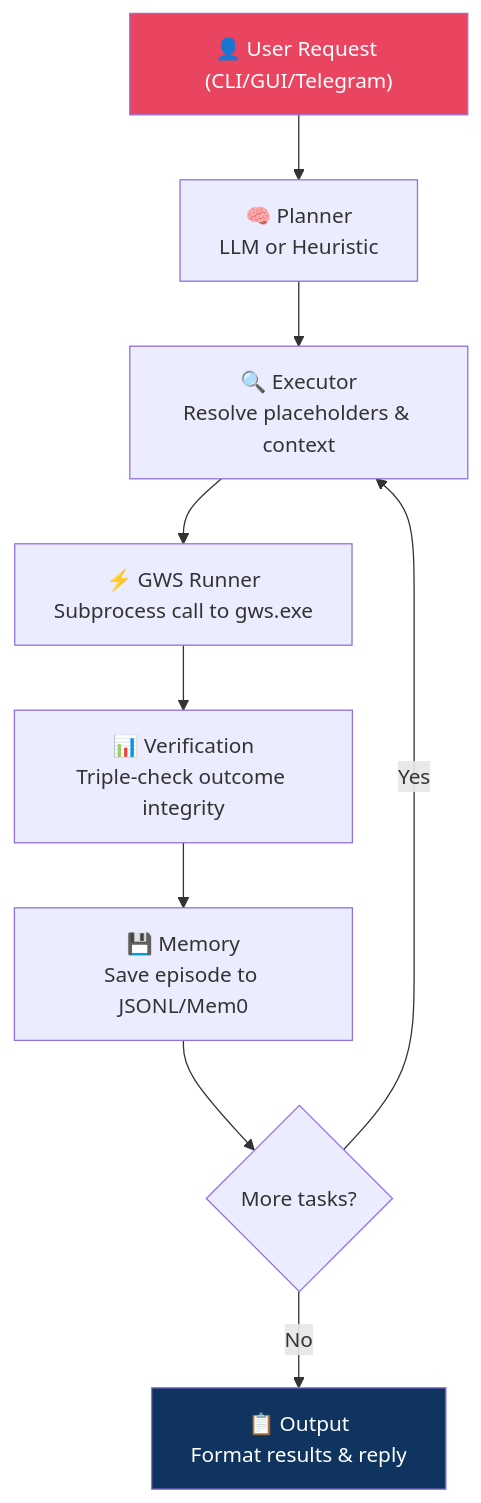
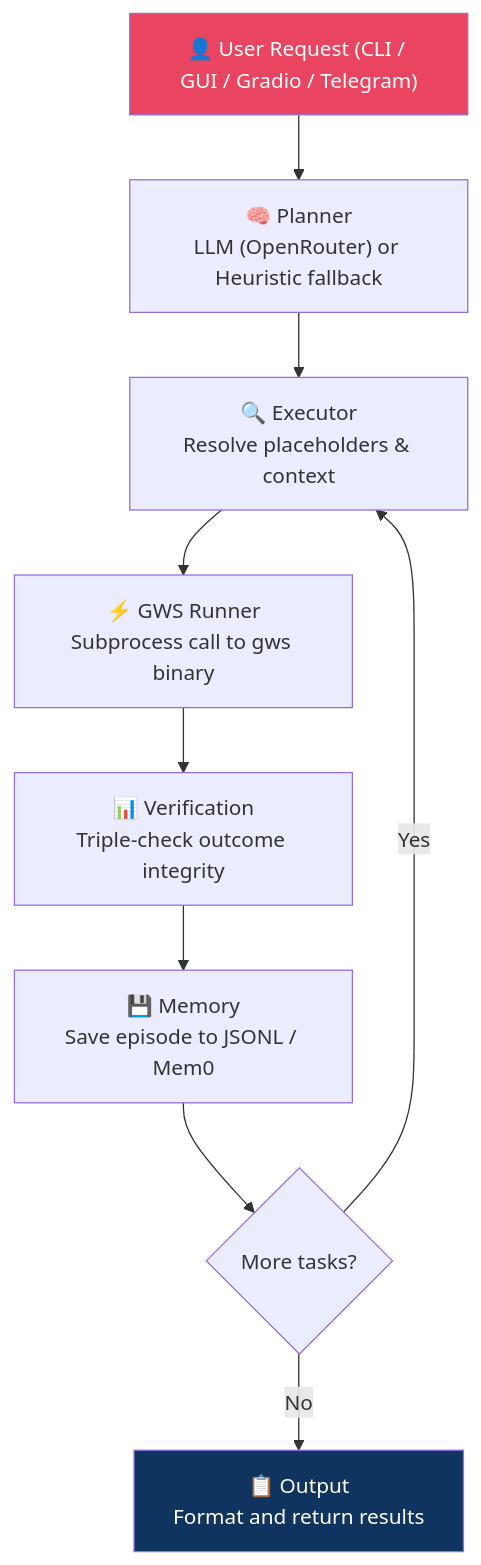
The diagram in README.md (haseeb-heaven/gworkspace-agent), drawn with Mermaid before and after one commit. The commit also changed other lines of this file, not shown here.

````diff
--- a/README.md
+++ b/README.md
@@ -37,14 +537,14 @@
 ```mermaid
 flowchart TD
-    A["👤 User Request (CLI/GUI/Telegram)"] --> B["🧠 Planner\nLLM or Heuristic"]
+    A["👤 User Request (CLI / GUI / Gradio / Telegram)"] --> B["🧠 Planner\nLLM (OpenRouter) or Heuristic fallback"]
     B --> C["🔍 Executor\nResolve placeholders & context"]
-    C --> D["⚡ GWS Runner\nSubprocess call to gws.exe"]
+    C --> D["⚡ GWS Runner\nSubprocess call to gws binary"]
     D --> E["📊 Verification\nTriple-check outcome integrity"]
-    E --> F["💾 Memory\nSave episode to JSONL/Mem0"]
+    E --> F["💾 Memory\nSave episode to JSONL / Mem0"]
     F --> G{"More tasks?"}
     G -->|Yes| C
-    G -->|No| H["📋 Output\nFormat results & reply"]
+    G -->|No| H["📋 Output\nFormat and return results"]
 
     style A fill:#e94560,color:#fff
     style H fill:#0f3460,color:#fff
 ```
````
